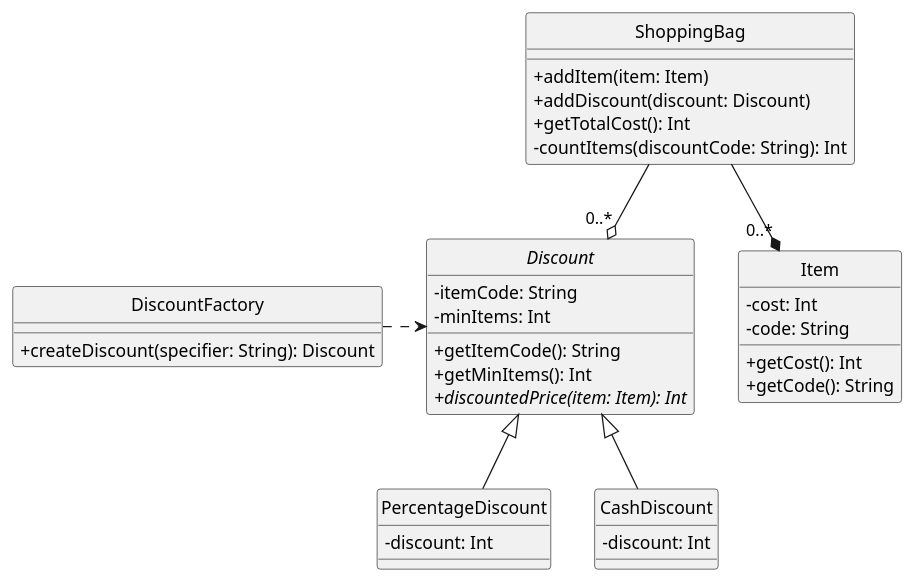
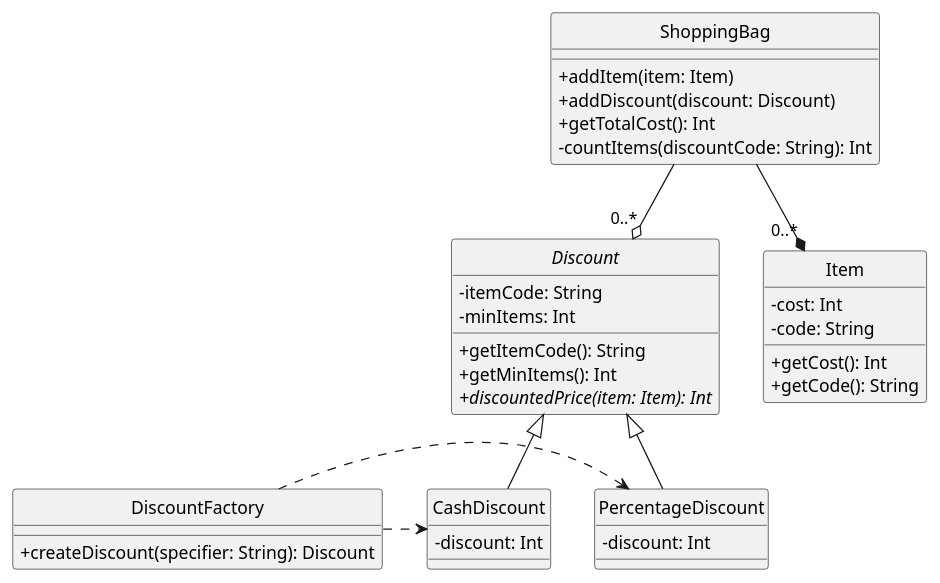
Before and after one commit to spacejoey86/next_basket: the diagram in class_diagram.pu, drawn with PlantUML.

Commit message:
Changed dependencies of factory to be more accurate

```diff
--- a/class_diagram.pu
+++ b/class_diagram.pu
@@ -1,45 +1,46 @@
 @startuml Class diagram
 skinparam classAttributeIconSize 0
 hide circle
 
 class ShoppingBag {
     +addItem(item: Item)
     +addDiscount(discount: Discount)
     +getTotalCost(): Int
     -countItems(discountCode: String): Int
 }
 
 
 
 abstract class Discount {
     -itemCode: String
     -minItems: Int
     +getItemCode(): String
     +getMinItems(): Int
     +{abstract} discountedPrice(item: Item): Int
 }
 class PercentageDiscount {
     -discount: Int
 }
 class CashDiscount {
     -discount: Int
 }
 Discount <|-- PercentageDiscount
 Discount <|-- CashDiscount
 
 class Item {
     -cost: Int
     -code: String
     +getCost(): Int
     +getCode(): String
 }
 
 ShoppingBag --* "0..*" Item
 ShoppingBag --o "0..*" Discount
 
 class DiscountFactory {
     +createDiscount(specifier: String): Discount
 }
-DiscountFactory .> Discount
+DiscountFactory .> PercentageDiscount
+DiscountFactory .> CashDiscount
 
 @enduml
```
